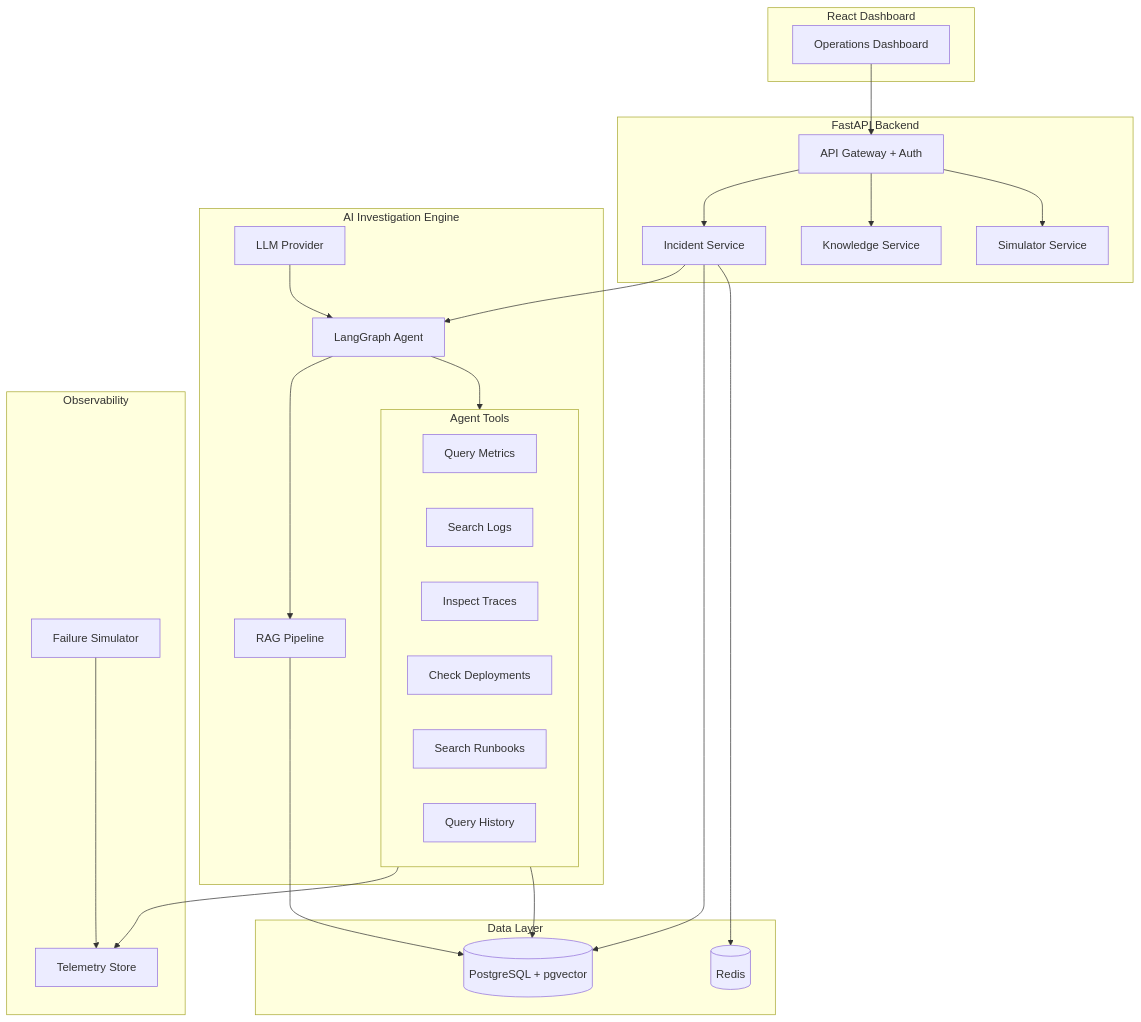
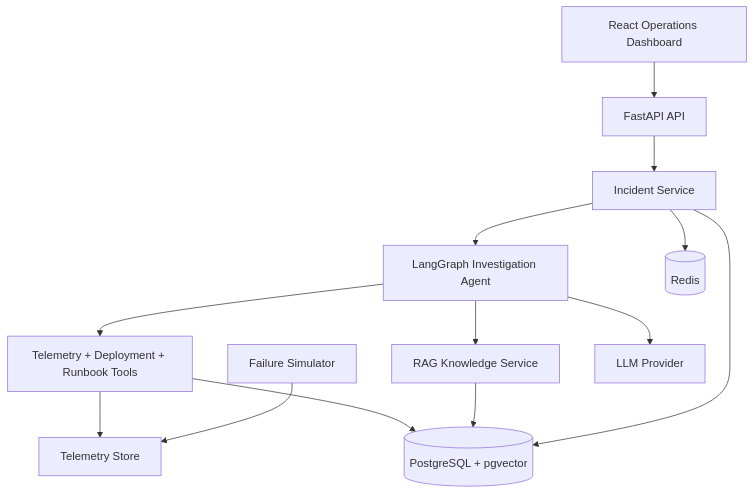
The diagram in README.md (AloneRider-pixel/aegis), drawn with Mermaid before and after one commit. The commit also changed other lines of this file, not shown here.

````diff
--- a/README.md
+++ b/README.md
@@ -33,47 +43,27 @@
 ```mermaid
 graph TB
-    subgraph Frontend["React Dashboard"]
-        UI[Operations Dashboard]
-    end
+    UI[React Operations Dashboard]
+    API[FastAPI API]
+    INC[Incident Service]
+    AGENT[LangGraph Investigation Agent]
+    TOOLS[Telemetry + Deployment + Runbook Tools]
+    RAG[RAG Knowledge Service]
+    PG[(PostgreSQL + pgvector)]
+    REDIS[(Redis)]
+    SIM[Failure Simulator]
+    TEL[Telemetry Store]
+    LLM[LLM Provider]
 
-    subgraph API["FastAPI Backend"]
-        GW[API Gateway + Auth]
-        IS[Incident Service]
-        KS[Knowledge Service]
-        SS[Simulator Service]
-    end
-
-    subgraph AI["AI Investigation Engine"]
-        LG[LangGraph Agent]
-        subgraph Tools["Agent Tools"]
-            T1[Query Metrics]
-            T2[Search Logs]
-            T3[Inspect Traces]
-            T4[Check Deployments]
-            T5[Search Runbooks]
-            T6[Query History]
-        end
-        RAG[RAG Pipeline]
-        LLM[LLM Provider]
-    end
-
-    subgraph Data["Data Layer"]
-        PG[(PostgreSQL + pgvector)]
-        RD[(Redis)]
-    end
-
-    subgraph Telemetry["Observability"]
-        SIM[Failure Simulator]
-        TEL[Telemetry Store]
-    end
-
-    UI --> GW
-    GW --> IS & KS & SS
-    IS --> LG
-    LG --> Tools & RAG
-    Tools --> TEL & PG
+    UI --> API
+    API --> INC
+    INC --> AGENT
+    AGENT --> TOOLS
+    AGENT --> RAG
+    AGENT --> LLM
+    TOOLS --> TEL
+    TOOLS --> PG
     RAG --> PG
-    LLM --> LG
-    IS --> PG & RD
+    INC --> PG
+    INC --> REDIS
     SIM --> TEL
 ```
````
